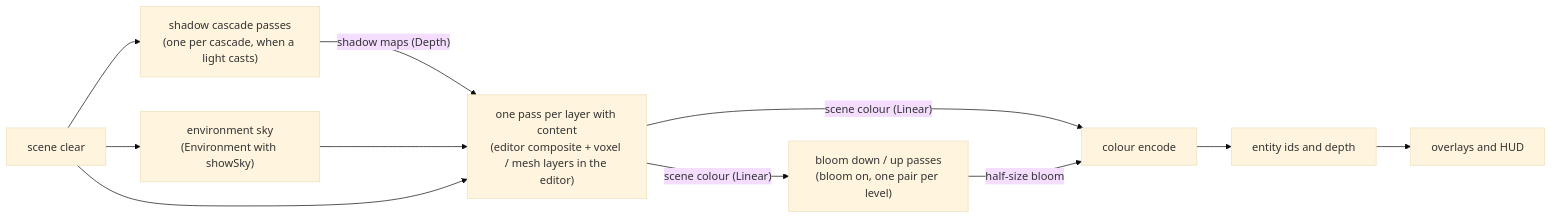
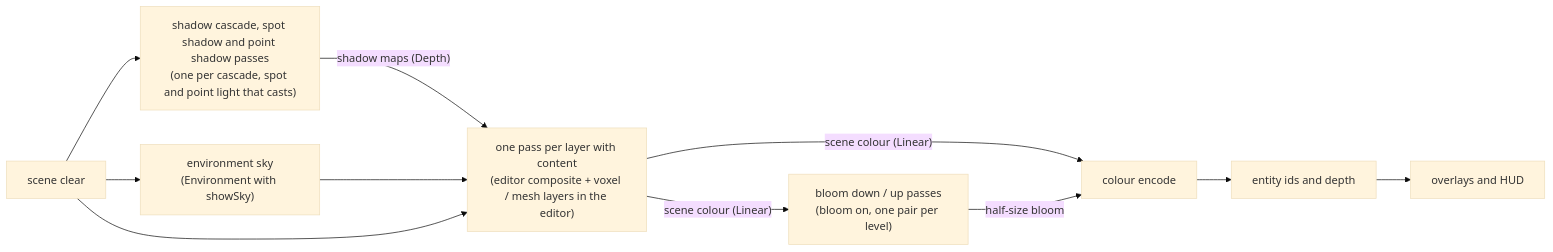
One commit to Silmaen/Owl changed the fifth of 17 diagrams in doc/pages/renderer.md. Above: the diagram before and after it, drawn with Mermaid (base theme). The commit also changed other lines of this file and 120 other files, not shown here.

````diff
--- a/doc/pages/renderer.md
+++ b/doc/pages/renderer.md
@@ -229,13 +229,13 @@
 ```mermaid
 flowchart LR
-    C["scene clear"] --> S["shadow cascade passes<br/>(one per cascade, when a light casts)"]
+    C["scene clear"] --> S["shadow cascade, spot shadow and point shadow passes<br/>(one per cascade, spot and point light that casts)"]
     C --> K["environment sky<br/>(Environment with showSky)"]
     S -->|"shadow maps (Depth)"| L["one pass per layer with content<br/>(editor composite + voxel / mesh layers in the editor)"]
     K --> L
     C --> L
     L -->|"scene colour (Linear)"| B["bloom down / up passes<br/>(bloom on, one pair per level)"]
     L -->|"scene colour (Linear)"| E["colour encode"]
     B -->|"half-size bloom"| E
     E --> I["entity ids and depth"]
     I --> O["overlays and HUD"]
 ```
````
